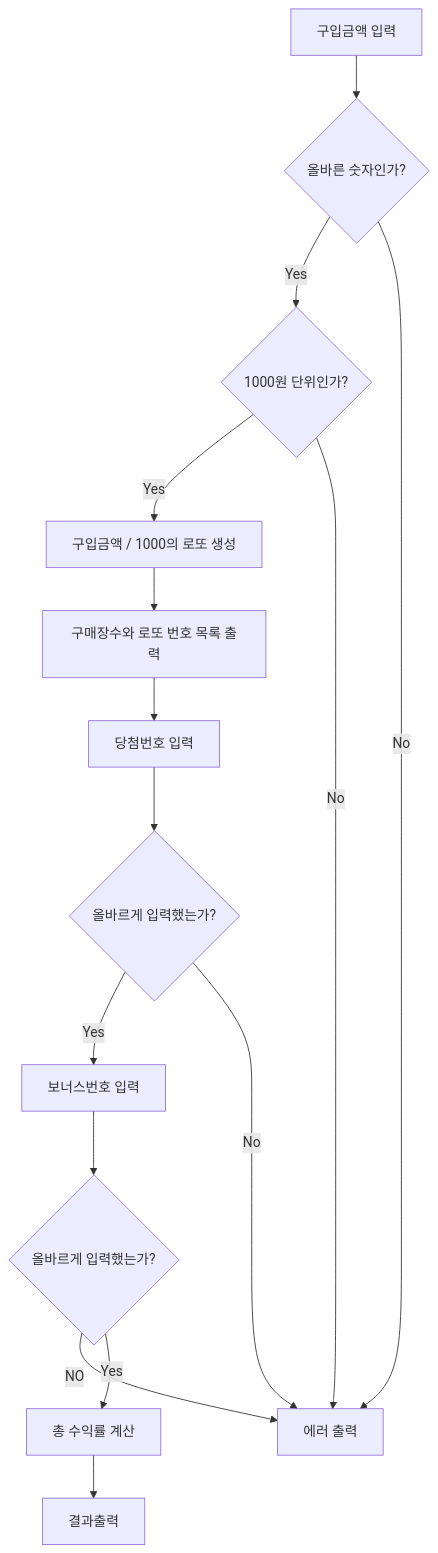
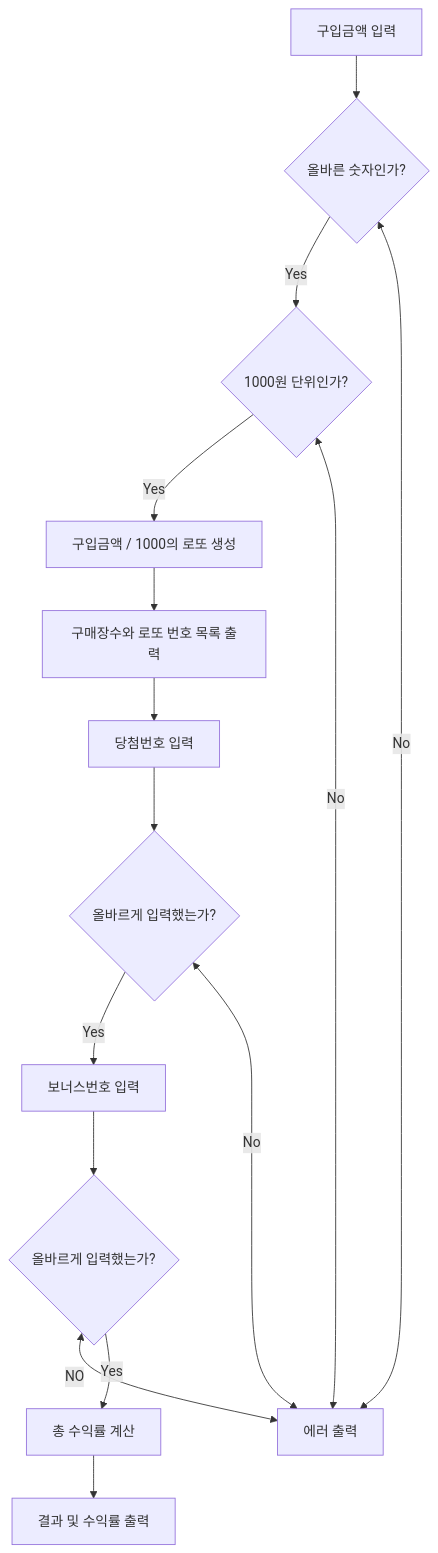
The first of 2 diagrams in docs/README.md (woowacourse-precourse/java-lotto-6), drawn with Mermaid before and after one commit. The commit also changed other lines of this file, not shown here.

````diff
--- a/docs/README.md
+++ b/docs/README.md
@@ -9,17 +9,17 @@
 ```mermaid
 graph
     A[구입금액 입력] --> B{올바른 숫자인가?}
     B -->|Yes| C{1000원 단위인가?}
     C -->|Yes| D[구입금액 / 1000의 로또 생성]
-    C -->|No| Z
+    C <-->|No| Z
     D --> E[구매장수와 로또 번호 목록 출력]
     E --> F[당첨번호 입력]
     F --> G{올바르게 입력했는가?}
     G -->|Yes| H[보너스번호 입력]
     H --> I{올바르게 입력했는가?}
-    I -->|NO| Z
+    I <-->|NO| Z
     I -->|Yes| J[총 수익률 계산]
-    J --> K[결과출력]
-    B -->|No| Z[에러 출력]
-    G -->|No| Z
+    J --> K[결과 및 수익률 출력]
+    B <-->|No| Z[에러 출력]
+    G <-->|No| Z
 ```
````
